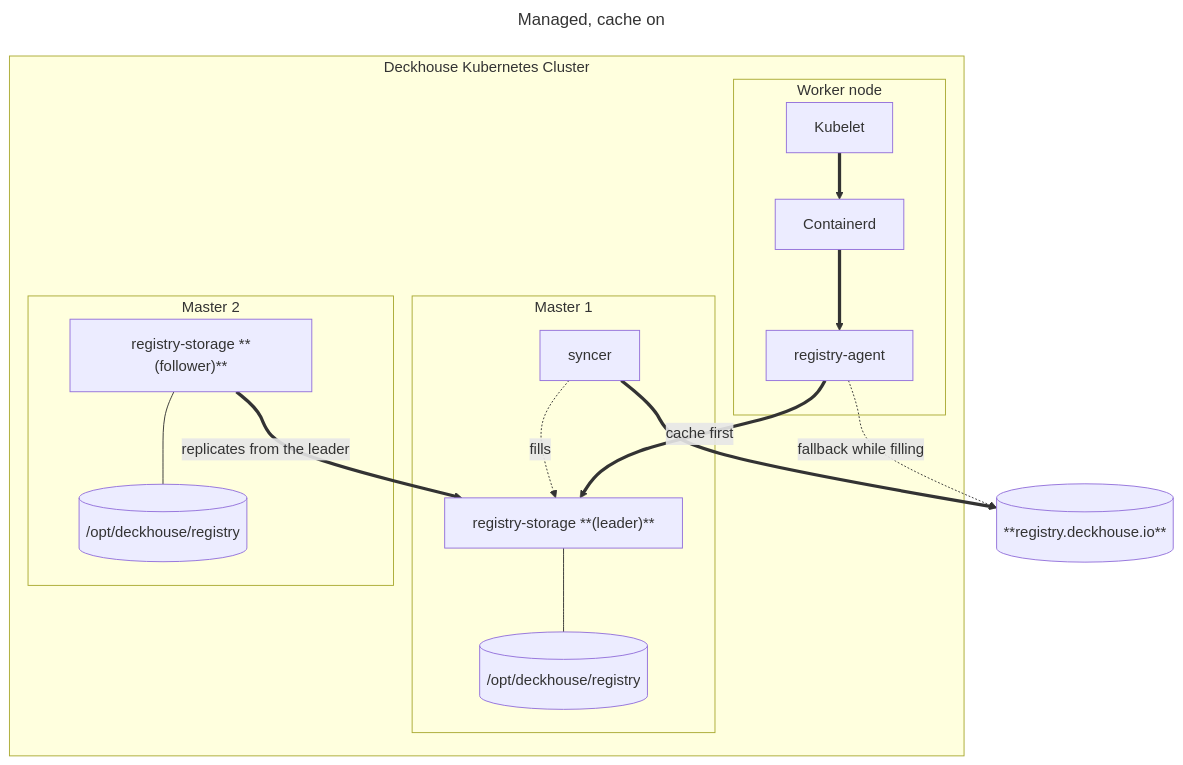
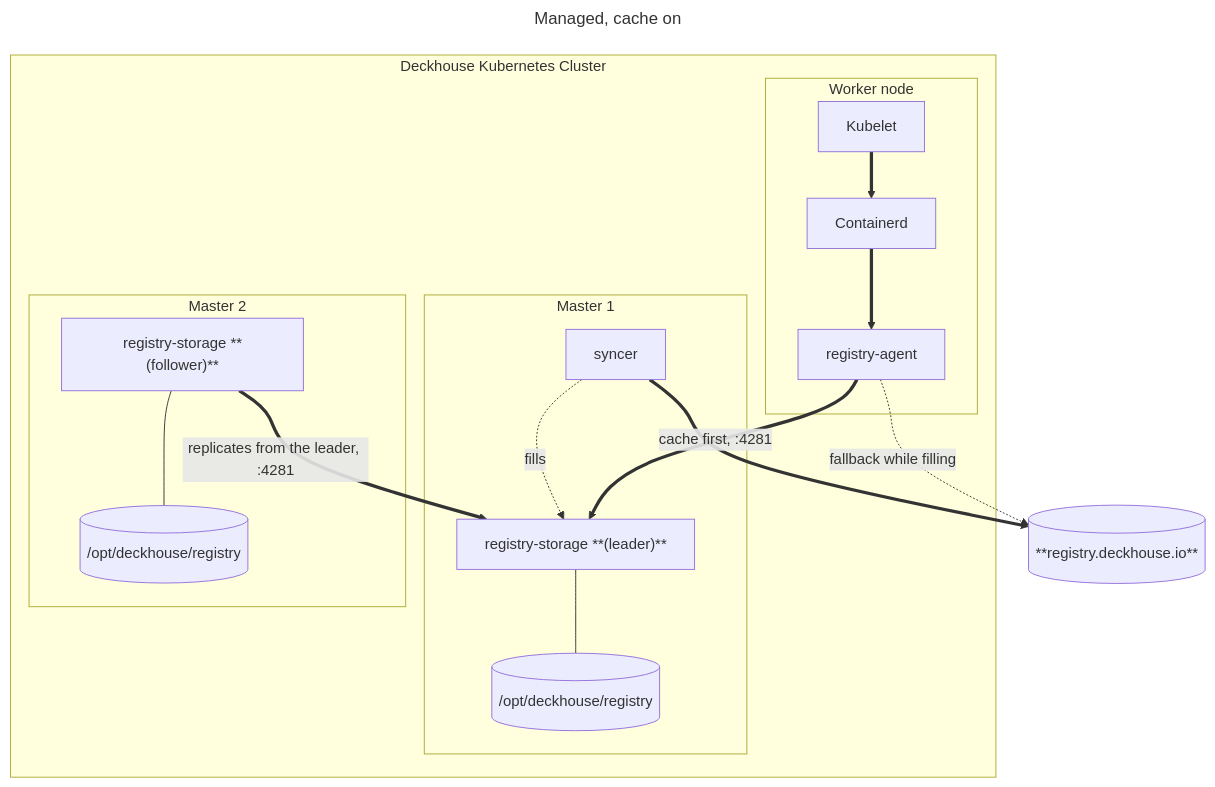
Before and after one commit to deckhouse/deckhouse: the second of 3 diagrams in modules/038-registry/docs/internal/MANAGED.md, drawn with Mermaid. The commit also changed other lines of this file and 80 other files, not shown here.

````diff
--- a/modules/038-registry/docs/internal/MANAGED.md
+++ b/modules/038-registry/docs/internal/MANAGED.md
@@ -62,34 +68,34 @@
 ```mermaid
 ---
 title: Managed, cache on
 ---
 flowchart TD
 subgraph Cluster["Deckhouse Kubernetes Cluster"]
 subgraph Node1["Worker node"]
 kubelet1[Kubelet]
 containerd1[Containerd]
 agent1["registry-agent"]
 kubelet1 ==> containerd1
 containerd1 ==> agent1
 end
 subgraph Master1["Master 1"]
 storage1["registry-storage **(leader)**"]
 syncer1[syncer]
 data1[("/opt/deckhouse/registry")]
 syncer1 -. fills .-> storage1
 storage1 --- data1
 end
 subgraph Master2["Master 2"]
 storage2["registry-storage **(follower)**"]
 data2[("/opt/deckhouse/registry")]
 storage2 --- data2
 end
 end
 
 upstream[("**registry.deckhouse.io**")]
 
-agent1 == "cache first" ==> storage1
+agent1 == "cache first, :4281" ==> storage1
 agent1 -. "fallback while filling" .-> upstream
 syncer1 ==> upstream
-storage2 == "replicates from the leader" ==> storage1
+storage2 == "replicates from the leader, :4281" ==> storage1
 ```
````
